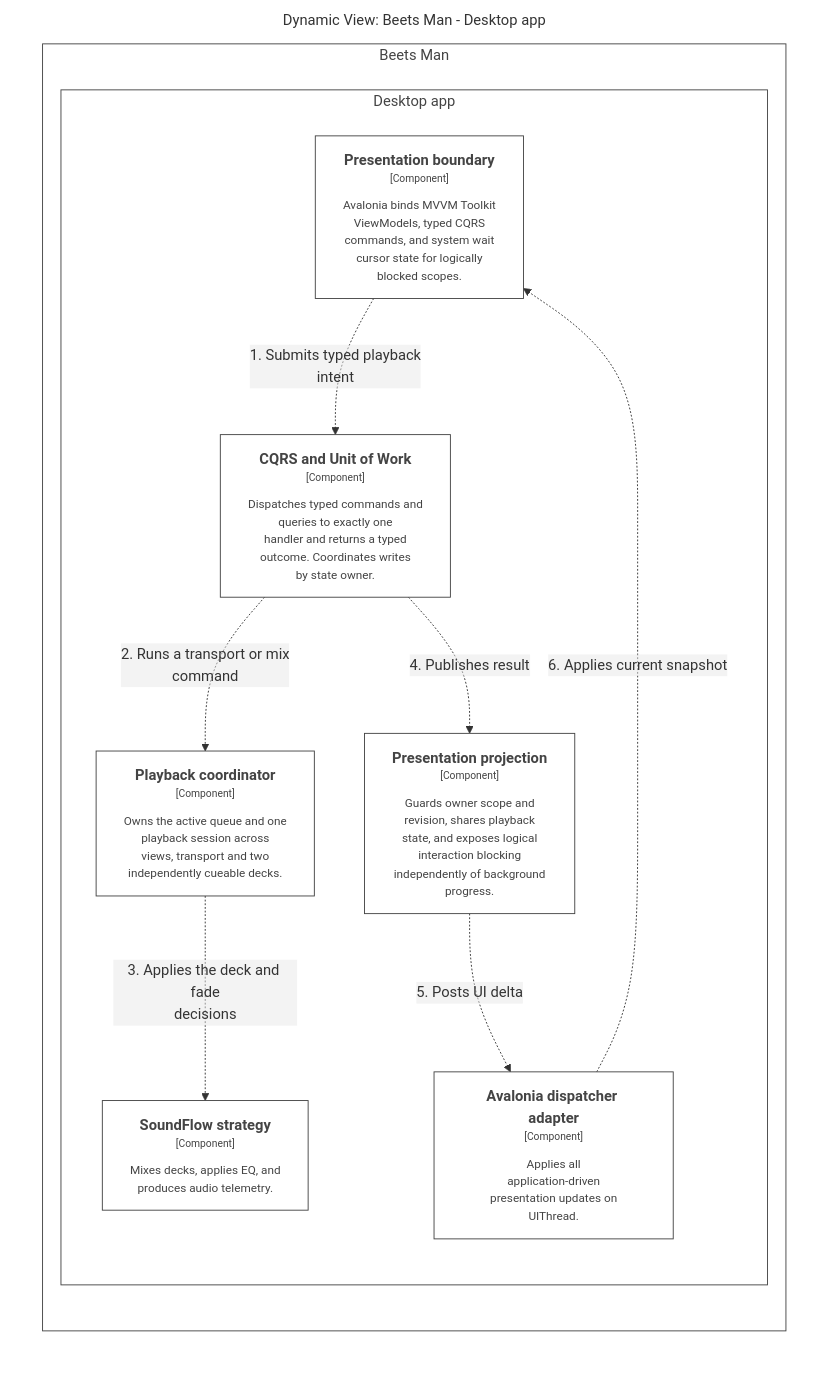
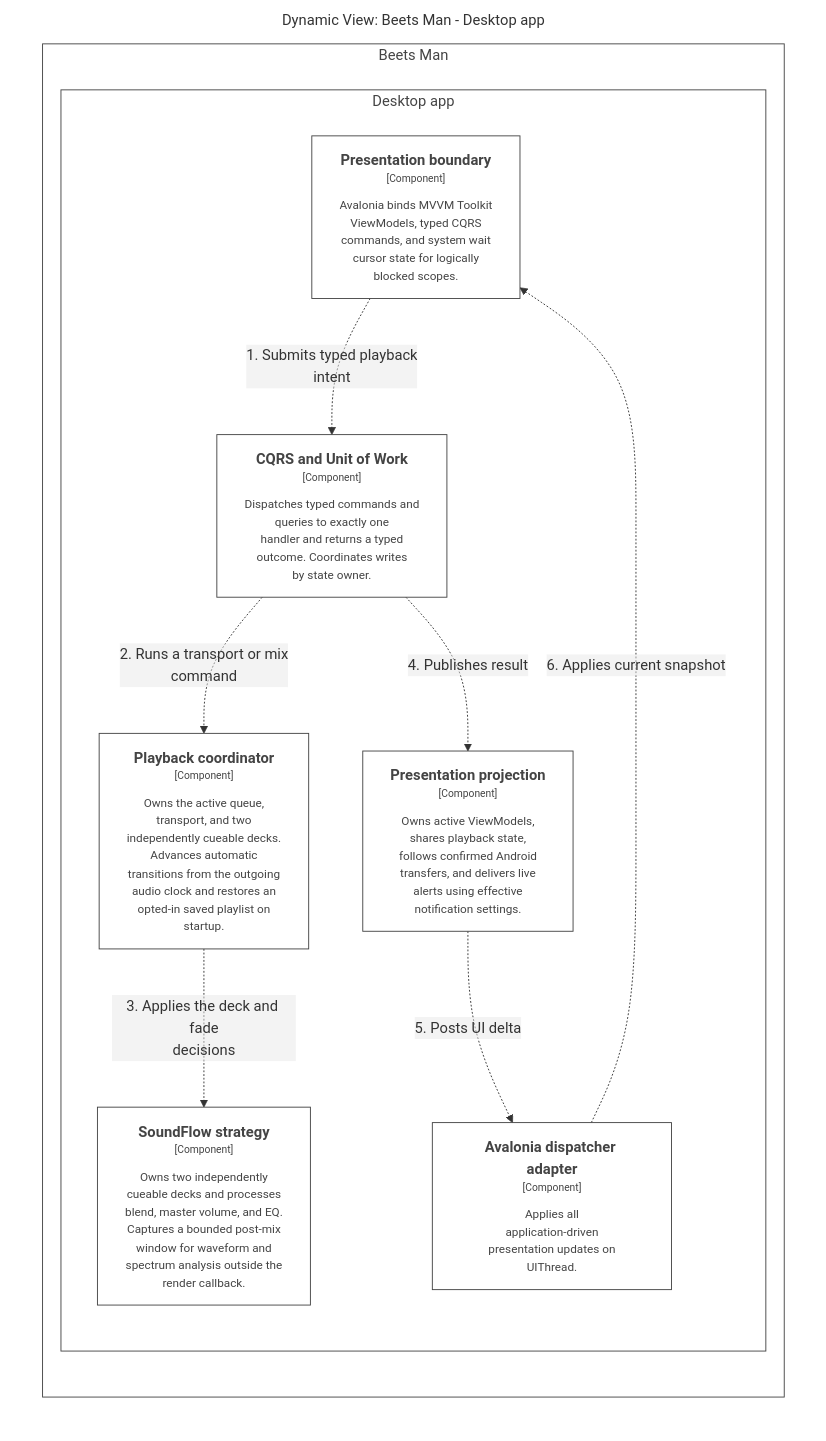
Diagram 11 of 13 in docs/Project/wiki/github/C4-Views.md (sharpninja/beets-man), drawn with Mermaid before and after one commit. The commit also changed other lines of this file and 486 other files, not shown here.

````diff
--- a/docs/Project/wiki/github/C4-Views.md
+++ b/docs/Project/wiki/github/C4-Views.md
@@ -619,38 +839,38 @@
 ```mermaid
 graph LR
   linkStyle default fill:#ffffff
 
   subgraph diagram ["Dynamic View: Beets Man - Desktop app"]
     style diagram fill:#ffffff,stroke:#ffffff
 
-    subgraph 6 ["Beets Man"]
-      style 6 fill:#ffffff,stroke:#444444,color:#444444
+    subgraph 7 ["Beets Man"]
+      style 7 fill:#ffffff,stroke:#444444,color:#444444
 
-      subgraph 7 ["Desktop app"]
-        style 7 fill:#ffffff,stroke:#444444,color:#444444
+      subgraph 8 ["Desktop app"]
+        style 8 fill:#ffffff,stroke:#444444,color:#444444
 
-        10["<div style='font-weight: bold'>Presentation projection</div><div style='font-size: 70%; margin-top: 0px'>[Component]</div><div style='font-size: 80%; margin-top:10px'>Guards owner scope and<br />revision, shares playback<br />state, and exposes logical<br />interaction blocking<br />independently of background<br />progress.</div>"]
+        10["<div style='font-weight: bold'>Avalonia dispatcher adapter</div><div style='font-size: 70%; margin-top: 0px'>[Component]</div><div style='font-size: 80%; margin-top:10px'>Applies all<br />application-driven<br />presentation updates on<br />UIThread.</div>"]
         style 10 fill:#ffffff,stroke:#444444,color:#444444
-        11["<div style='font-weight: bold'>CQRS and Unit of Work</div><div style='font-size: 70%; margin-top: 0px'>[Component]</div><div style='font-size: 80%; margin-top:10px'>Dispatches typed commands and<br />queries to exactly one<br />handler and returns a typed<br />outcome. Coordinates writes<br />by state owner.</div>"]
+        11["<div style='font-weight: bold'>Presentation projection</div><div style='font-size: 70%; margin-top: 0px'>[Component]</div><div style='font-size: 80%; margin-top:10px'>Owns active ViewModels,<br />shares playback state,<br />follows confirmed Android<br />transfers, and delivers live<br />alerts using effective<br />notification settings.</div>"]
         style 11 fill:#ffffff,stroke:#444444,color:#444444
-        16["<div style='font-weight: bold'>Playback coordinator</div><div style='font-size: 70%; margin-top: 0px'>[Component]</div><div style='font-size: 80%; margin-top:10px'>Owns the active queue and one<br />playback session across<br />views, transport and two<br />independently cueable decks.</div>"]
-        style 16 fill:#ffffff,stroke:#444444,color:#444444
-        17["<div style='font-weight: bold'>SoundFlow strategy</div><div style='font-size: 70%; margin-top: 0px'>[Component]</div><div style='font-size: 80%; margin-top:10px'>Mixes decks, applies EQ, and<br />produces audio telemetry.</div>"]
-        style 17 fill:#ffffff,stroke:#444444,color:#444444
-        8["<div style='font-weight: bold'>Presentation boundary</div><div style='font-size: 70%; margin-top: 0px'>[Component]</div><div style='font-size: 80%; margin-top:10px'>Avalonia binds MVVM Toolkit<br />ViewModels, typed CQRS<br />commands, and system wait<br />cursor state for logically<br />blocked scopes.</div>"]
-        style 8 fill:#ffffff,stroke:#444444,color:#444444
-        9["<div style='font-weight: bold'>Avalonia dispatcher adapter</div><div style='font-size: 70%; margin-top: 0px'>[Component]</div><div style='font-size: 80%; margin-top:10px'>Applies all<br />application-driven<br />presentation updates on<br />UIThread.</div>"]
+        13["<div style='font-weight: bold'>CQRS and Unit of Work</div><div style='font-size: 70%; margin-top: 0px'>[Component]</div><div style='font-size: 80%; margin-top:10px'>Dispatches typed commands and<br />queries to exactly one<br />handler and returns a typed<br />outcome. Coordinates writes<br />by state owner.</div>"]
+        style 13 fill:#ffffff,stroke:#444444,color:#444444
+        24["<div style='font-weight: bold'>Playback coordinator</div><div style='font-size: 70%; margin-top: 0px'>[Component]</div><div style='font-size: 80%; margin-top:10px'>Owns the active queue,<br />transport, and two<br />independently cueable decks.<br />Advances automatic<br />transitions from the outgoing<br />audio clock and restores an<br />opted-in saved playlist on<br />startup.</div>"]
+        style 24 fill:#ffffff,stroke:#444444,color:#444444
+        25["<div style='font-weight: bold'>SoundFlow strategy</div><div style='font-size: 70%; margin-top: 0px'>[Component]</div><div style='font-size: 80%; margin-top:10px'>Owns two independently<br />cueable decks and processes<br />blend, master volume, and EQ.<br />Captures a bounded post-mix<br />window for waveform and<br />spectrum analysis outside the<br />render callback.</div>"]
+        style 25 fill:#ffffff,stroke:#444444,color:#444444
+        9["<div style='font-weight: bold'>Presentation boundary</div><div style='font-size: 70%; margin-top: 0px'>[Component]</div><div style='font-size: 80%; margin-top:10px'>Avalonia binds MVVM Toolkit<br />ViewModels, typed CQRS<br />commands, and system wait<br />cursor state for logically<br />blocked scopes.</div>"]
         style 9 fill:#ffffff,stroke:#444444,color:#444444
       end
 
     end
 
-    8-. "<div>1. Submits typed playback<br />intent</div><div style='font-size: 70%'></div>" .->11
-    11-. "<div>2. Runs a transport or mix<br />command</div><div style='font-size: 70%'></div>" .->16
-    16-. "<div>3. Applies the deck and fade<br />decisions</div><div style='font-size: 70%'></div>" .->17
-    11-. "<div>4. Publishes result</div><div style='font-size: 70%'></div>" .->10
-    10-. "<div>5. Posts UI delta</div><div style='font-size: 70%'></div>" .->9
-    9-. "<div>6. Applies current snapshot</div><div style='font-size: 70%'></div>" .->8
+    9-. "<div>1. Submits typed playback<br />intent</div><div style='font-size: 70%'></div>" .->13
+    13-. "<div>2. Runs a transport or mix<br />command</div><div style='font-size: 70%'></div>" .->24
+    24-. "<div>3. Applies the deck and fade<br />decisions</div><div style='font-size: 70%'></div>" .->25
+    13-. "<div>4. Publishes result</div><div style='font-size: 70%'></div>" .->11
+    11-. "<div>5. Posts UI delta</div><div style='font-size: 70%'></div>" .->10
+    10-. "<div>6. Applies current snapshot</div><div style='font-size: 70%'></div>" .->9
 
   end
 ```
````
